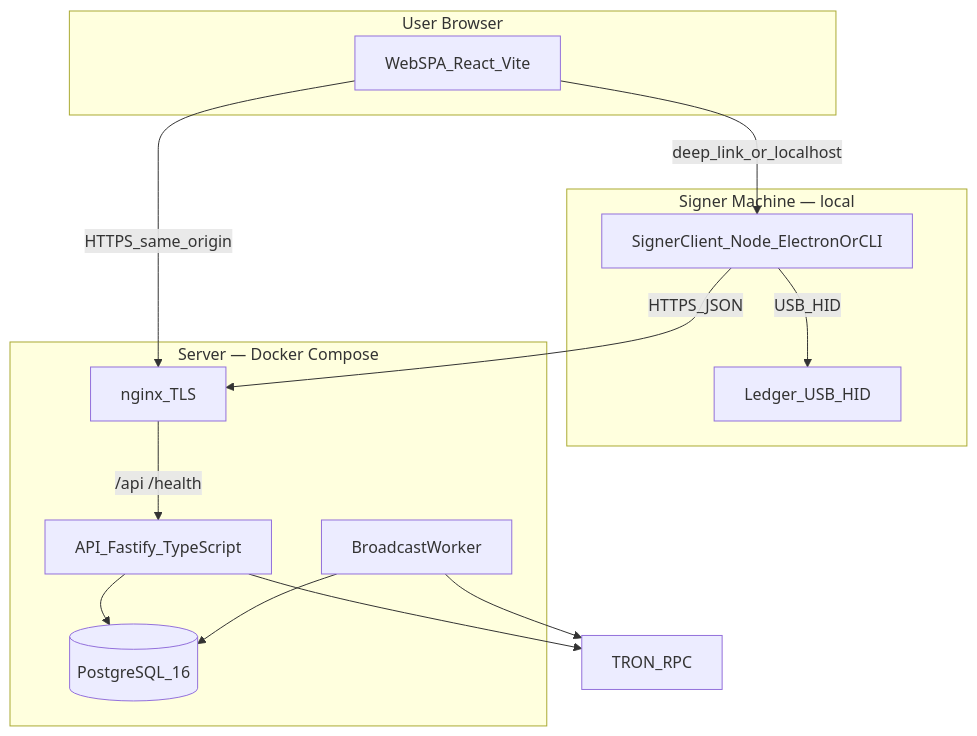
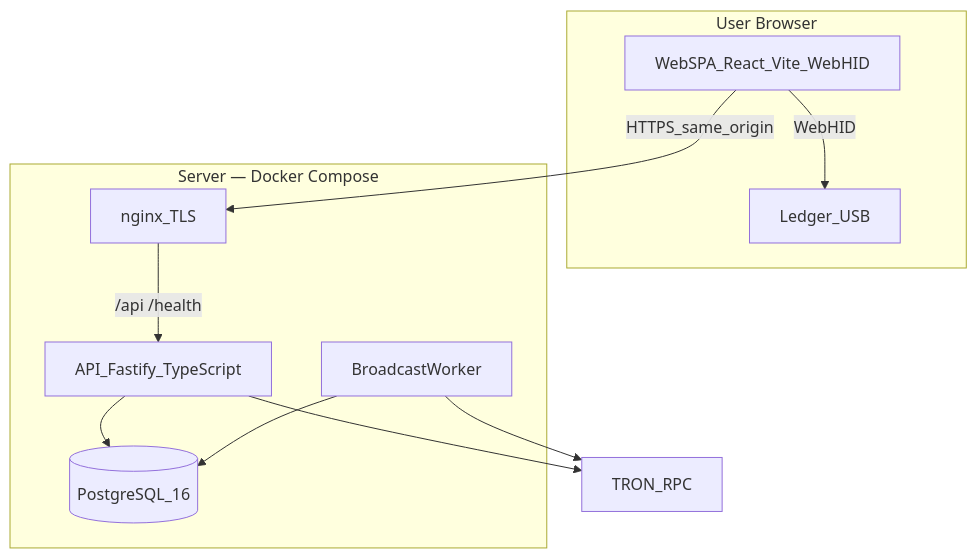
The second of 2 diagrams in docs/architecture.md (DiSH/tron-payments), drawn with Mermaid before and after one commit. The commit also changed other lines of this file and 47 other files, not shown here.

Commit message:
added ledger HID

````diff
--- a/docs/architecture.md
+++ b/docs/architecture.md
@@ -96,30 +90,24 @@
 ```mermaid
 flowchart TB
   subgraph browser [User Browser]
-    WEB[WebSPA_React_Vite]
-  end
-
-  subgraph signerMachine [Signer Machine — local]
-    SIGN[SignerClient_Node_ElectronOrCLI]
-    LED[Ledger_USB_HID]
+    WEB[WebSPA_React_Vite_WebHID]
+    LED[Ledger_USB]
   end
 
   subgraph server [Server — Docker Compose]
     NGINX[nginx_TLS]
     API[API_Fastify_TypeScript]
     PG[(PostgreSQL_16)]
     WORK[BroadcastWorker]
   end
 
   TRON[TRON_RPC]
 
   WEB -->|HTTPS_same_origin| NGINX
-  SIGN -->|HTTPS_JSON| NGINX
+  WEB -->|WebHID| LED
   NGINX -->|"/api /health"| API
-  SIGN -->|USB_HID| LED
-  WEB -->|deep_link_or_localhost| SIGN
   API --> PG
   API --> TRON
   WORK --> PG
   WORK --> TRON
 ```
````
